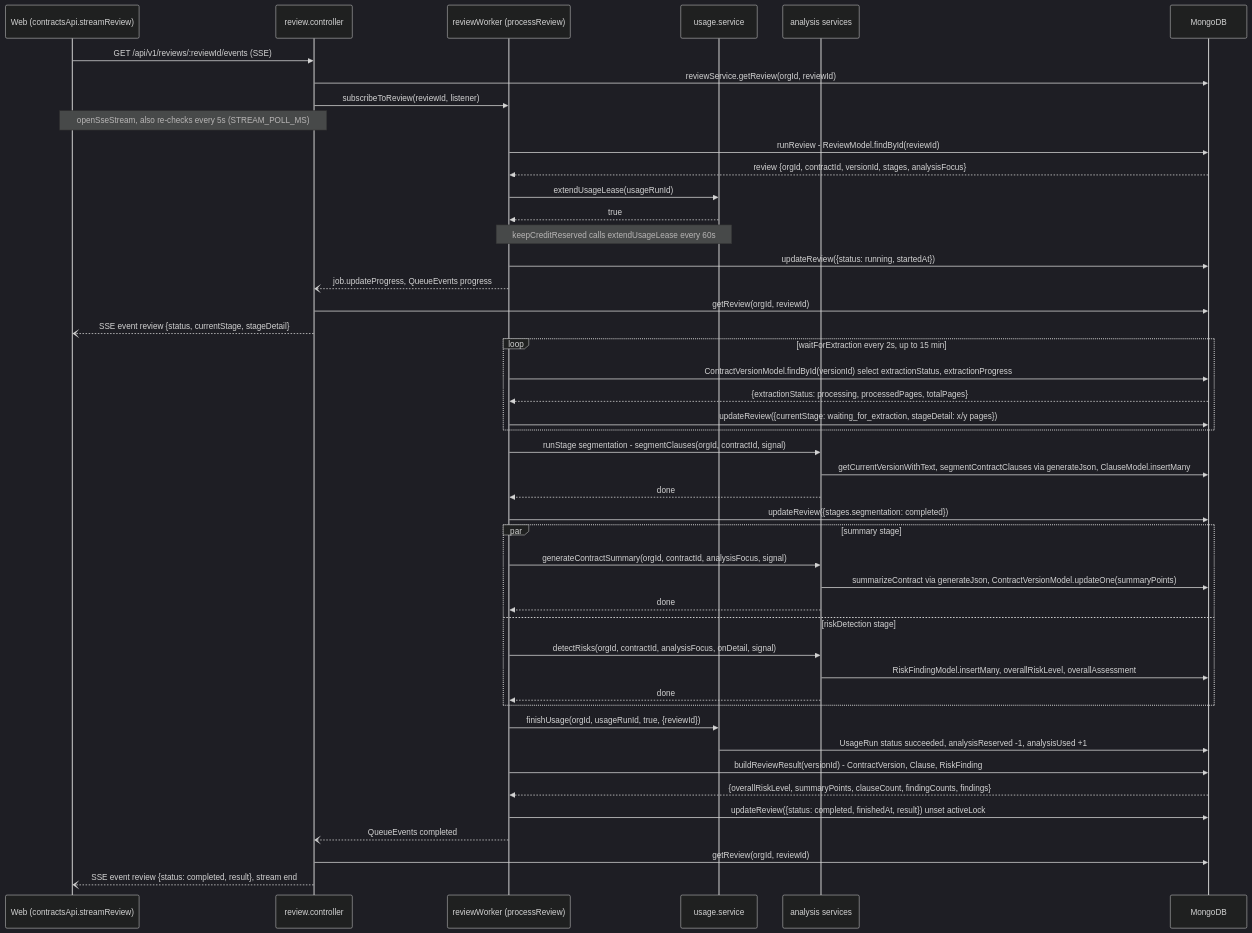
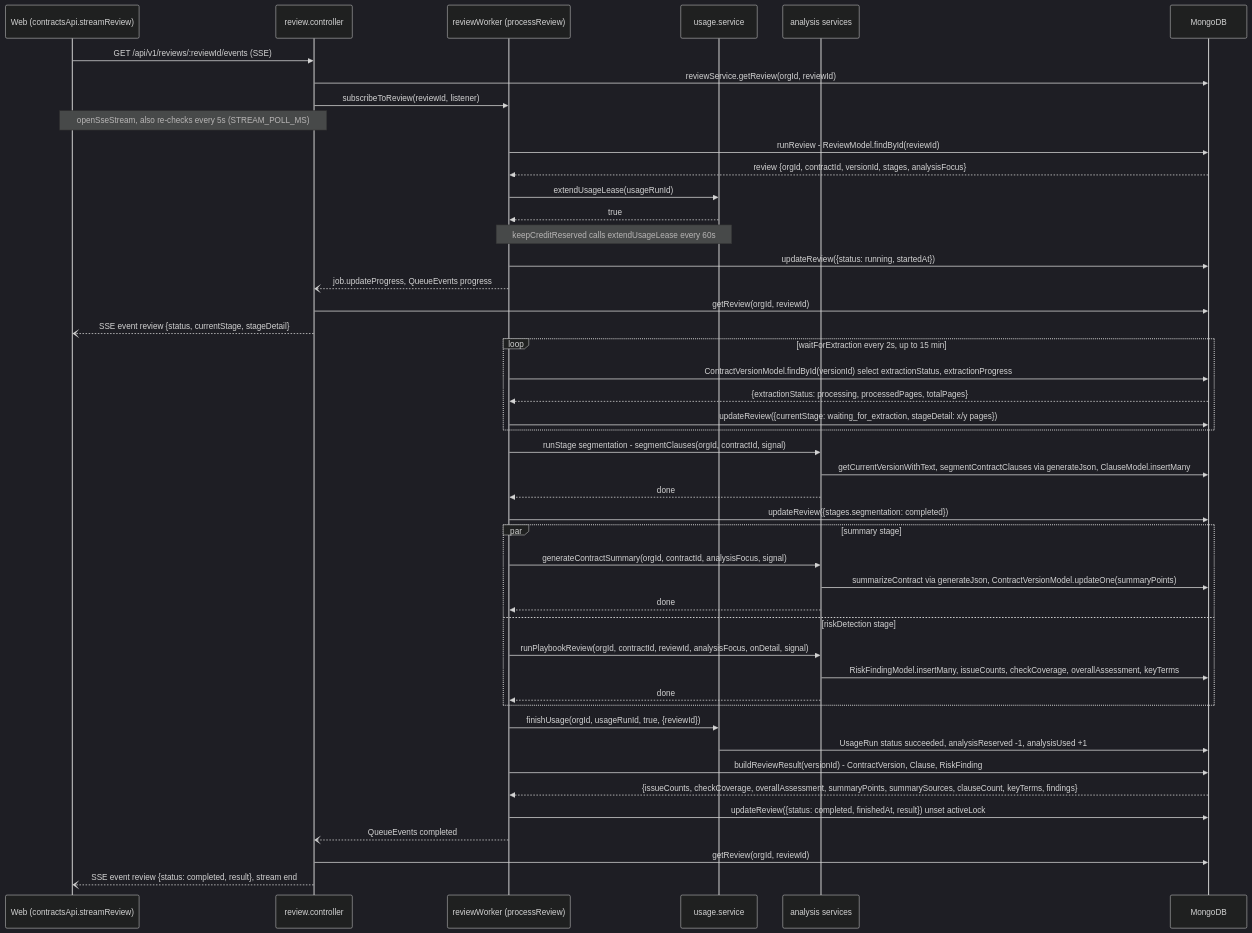
The second of 3 diagrams in docs/ai-review/srs/ai-review-flows.md (dangquyen-91/ai-contract-review-sme), drawn with Mermaid (dark theme) before and after one commit. The commit also changed 36 other files, not shown here.

Commit message:
feat(backend): ground contract summaries and remove the pre-playbook review design

````diff
--- a/docs/ai-review/srs/ai-review-flows.md
+++ b/docs/ai-review/srs/ai-review-flows.md
@@ -84,54 +84,54 @@
 ```mermaid
 sequenceDiagram
     participant Web as Web (contractsApi.streamReview)
     participant RC as review.controller
     participant W as reviewWorker (processReview)
     participant US as usage.service
     participant AN as analysis services
     participant DB as MongoDB
 
     Web->>RC: GET /api/v1/reviews/:reviewId/events (SSE)
     RC->>DB: reviewService.getReview(orgId, reviewId)
     RC->>W: subscribeToReview(reviewId, listener)
     Note over Web,RC: openSseStream, also re-checks every 5s (STREAM_POLL_MS)
 
     W->>DB: runReview - ReviewModel.findById(reviewId)
     DB-->>W: review {orgId, contractId, versionId, stages, analysisFocus}
     W->>US: extendUsageLease(usageRunId)
     US-->>W: true
     Note over W,US: keepCreditReserved calls extendUsageLease every 60s
     W->>DB: updateReview({status: running, startedAt})
     W--)RC: job.updateProgress, QueueEvents progress
     RC->>DB: getReview(orgId, reviewId)
     RC--)Web: SSE event review {status, currentStage, stageDetail}
 
     loop waitForExtraction every 2s, up to 15 min
         W->>DB: ContractVersionModel.findById(versionId) select extractionStatus, extractionProgress
         DB-->>W: {extractionStatus: processing, processedPages, totalPages}
         W->>DB: updateReview({currentStage: waiting_for_extraction, stageDetail: x/y pages})
     end
 
     W->>AN: runStage segmentation - segmentClauses(orgId, contractId, signal)
     AN->>DB: getCurrentVersionWithText, segmentContractClauses via generateJson, ClauseModel.insertMany
     AN-->>W: done
     W->>DB: updateReview({stages.segmentation: completed})
 
     par summary stage
         W->>AN: generateContractSummary(orgId, contractId, analysisFocus, signal)
         AN->>DB: summarizeContract via generateJson, ContractVersionModel.updateOne(summaryPoints)
         AN-->>W: done
     and riskDetection stage
-        W->>AN: detectRisks(orgId, contractId, analysisFocus, onDetail, signal)
-        AN->>DB: RiskFindingModel.insertMany, overallRiskLevel, overallAssessment
+        W->>AN: runPlaybookReview(orgId, contractId, reviewId, analysisFocus, onDetail, signal)
+        AN->>DB: RiskFindingModel.insertMany, issueCounts, checkCoverage, overallAssessment, keyTerms
         AN-->>W: done
     end
 
     W->>US: finishUsage(orgId, usageRunId, true, {reviewId})
     US->>DB: UsageRun status succeeded, analysisReserved -1, analysisUsed +1
     W->>DB: buildReviewResult(versionId) - ContractVersion, Clause, RiskFinding
-    DB-->>W: {overallRiskLevel, summaryPoints, clauseCount, findingCounts, findings}
+    DB-->>W: {issueCounts, checkCoverage, overallAssessment, summaryPoints, summarySources, clauseCount, keyTerms, findings}
     W->>DB: updateReview({status: completed, finishedAt, result}) unset activeLock
     W--)RC: QueueEvents completed
     RC->>DB: getReview(orgId, reviewId)
     RC--)Web: SSE event review {status: completed, result}, stream end
 ```
````
